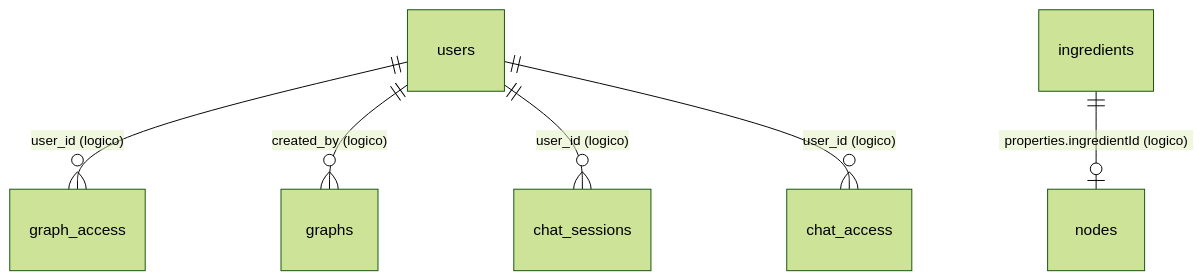
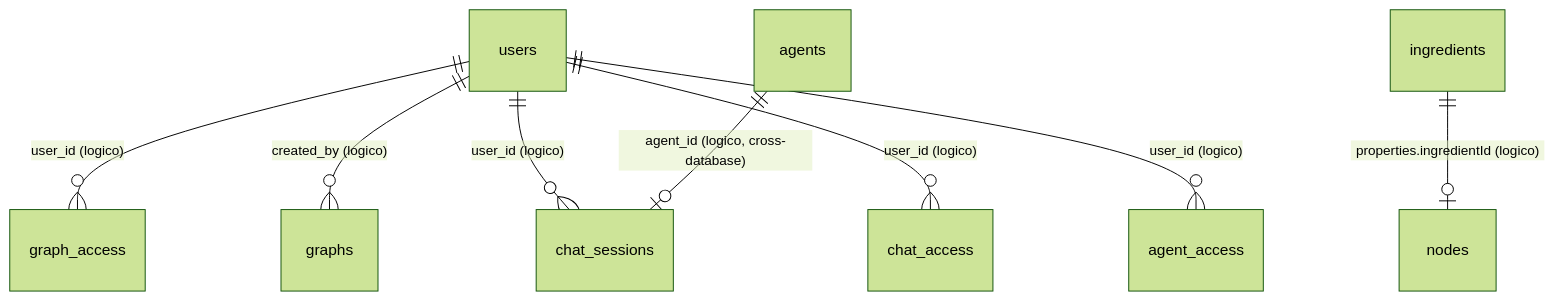
The sixth of 6 diagrams in docs/database-diagram.md (0xHackerSpace/wrapper-api), drawn with Mermaid (forest theme) before and after one commit. The commit also changed other lines of this file and 5 other files, not shown here.

````diff
--- a/docs/database-diagram.md
+++ b/docs/database-diagram.md
@@ -195,8 +237,10 @@
 ```mermaid
 erDiagram
     users ||--o{ graph_access : "user_id (logico)"
     users ||--o{ graphs : "created_by (logico)"
     ingredients ||--o| nodes : "properties.ingredientId (logico)"
     users ||--o{ chat_sessions : "user_id (logico)"
     users ||--o{ chat_access : "user_id (logico)"
+    users ||--o{ agent_access : "user_id (logico)"
+    agents ||--o| chat_sessions : "agent_id (logico, cross-database)"
 ```
````
